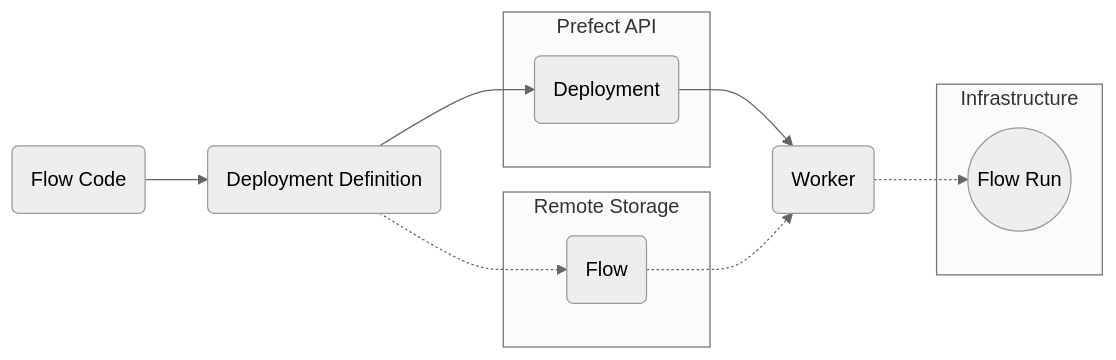
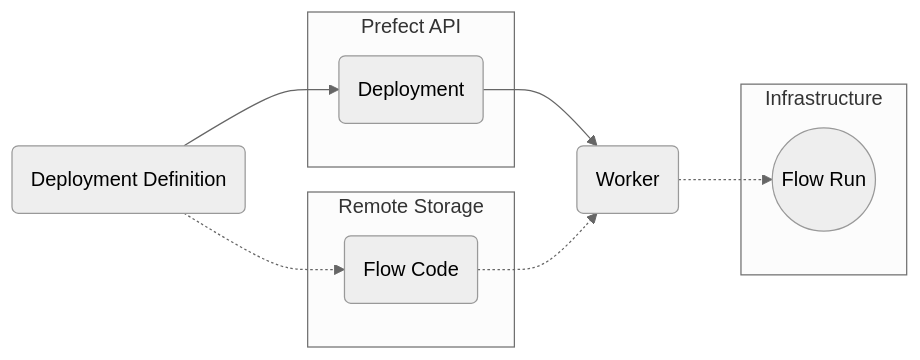
The diagram in docs/3.0/deploy/infrastructure-concepts/work-pools.mdx (PrefectHQ/prefect), drawn with Mermaid before and after one commit. The commit also changed 1 other file, not shown here.

Commit message:
more consistency

````diff
--- a/docs/3.0/deploy/infrastructure-concepts/work-pools.mdx
+++ b/docs/3.0/deploy/infrastructure-concepts/work-pools.mdx
@@ -51,35 +51,34 @@
 ```mermaid
 %%{
   init: {
     'theme': 'neutral',
     'themeVariables': {
       'margin': '10px'
     }
   }
 }%%
 
 flowchart LR
-    A(Flow Code)
+
     B(Deployment Definition)
 
     subgraph Server [Prefect API]
         C(Deployment)
     end
 
     subgraph Remote Storage [Remote Storage]
-        D(Flow)
+        D(Flow Code)
     end
 
     E(Worker)
 
     subgraph Infrastructure [Infrastructure]
         F((Flow Run))
     end
 
-    A --> B
     B --> C
     B -.-> D
     C --> E
     D -.-> E
     E -.-> F
 ```
````
